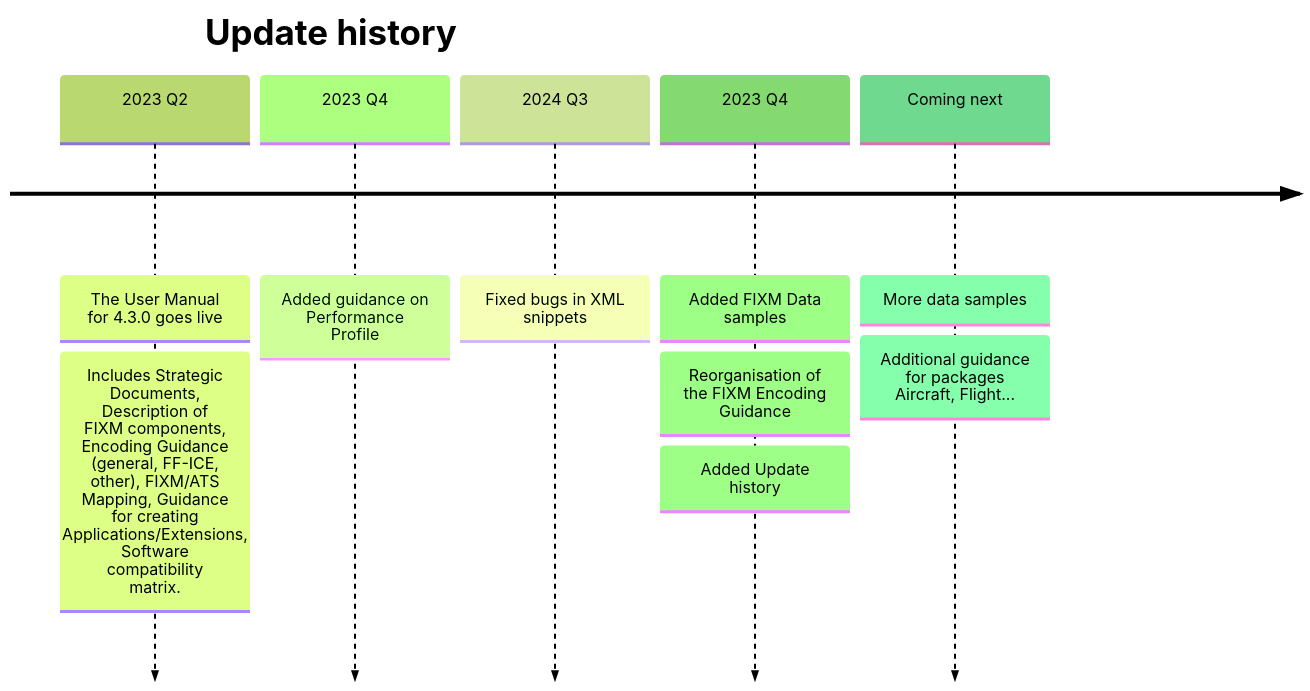
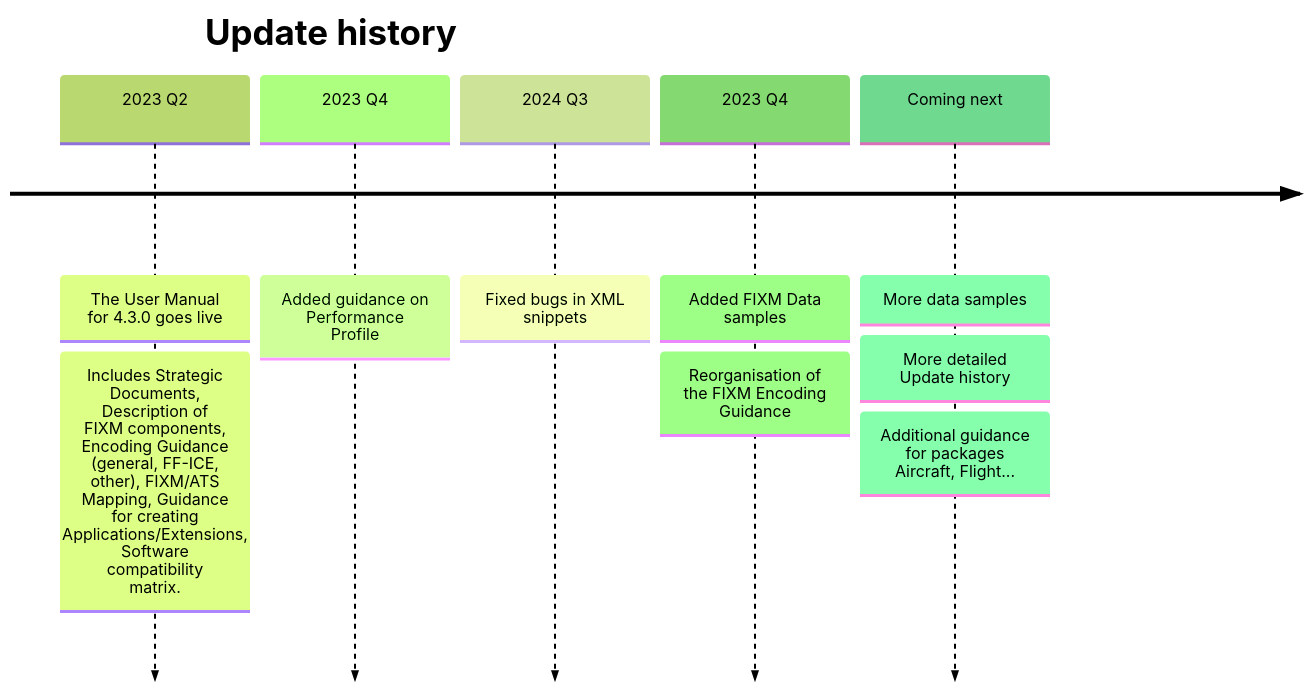
The diagram in docs/topic3/test_fx_flight.md (fixm-ccb/sandbox), drawn with Mermaid before and after one commit. The commit also changed other lines of this file, not shown here.

````diff
--- a/docs/topic3/test_fx_flight.md
+++ b/docs/topic3/test_fx_flight.md
@@ -4,14 +5,14 @@
 ```mermaid
 %%{init: { 'logLevel': 'debug', 'theme': 'forest' } }%%
 timeline
   title Update history
     2023 Q2 : The User Manual for 4.3.0 goes live
             : Includes Strategic Documents, Description of FIXM components, Encoding Guidance (general, FF-ICE, other), FIXM/ATS Mapping, Guidance for creating Applications/Extensions, Software compatibility matrix.
     2023 Q4 : Added guidance on Performance Profile
     2024 Q3 : Fixed bugs in XML snippets
     2023 Q4 : Added FIXM Data samples
-            : Reorganisation of the FIXM Encoding Guidance
-            : Added Update history
+            : Reorganisation of the FIXM Encoding Guidance            
     Coming next : More data samples
+                : More detailed Update history
                 : Additional guidance for packages Aircraft, Flight...
 ```
````
